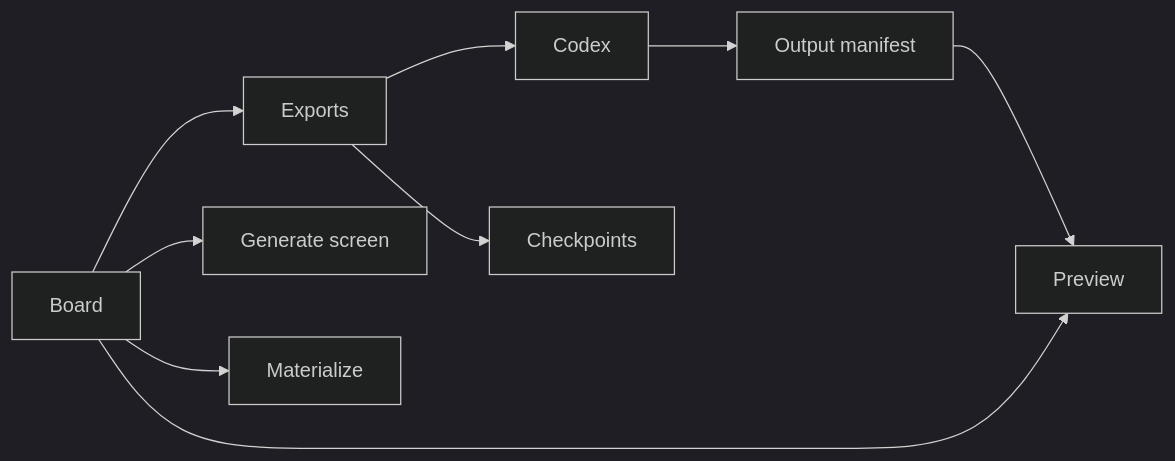
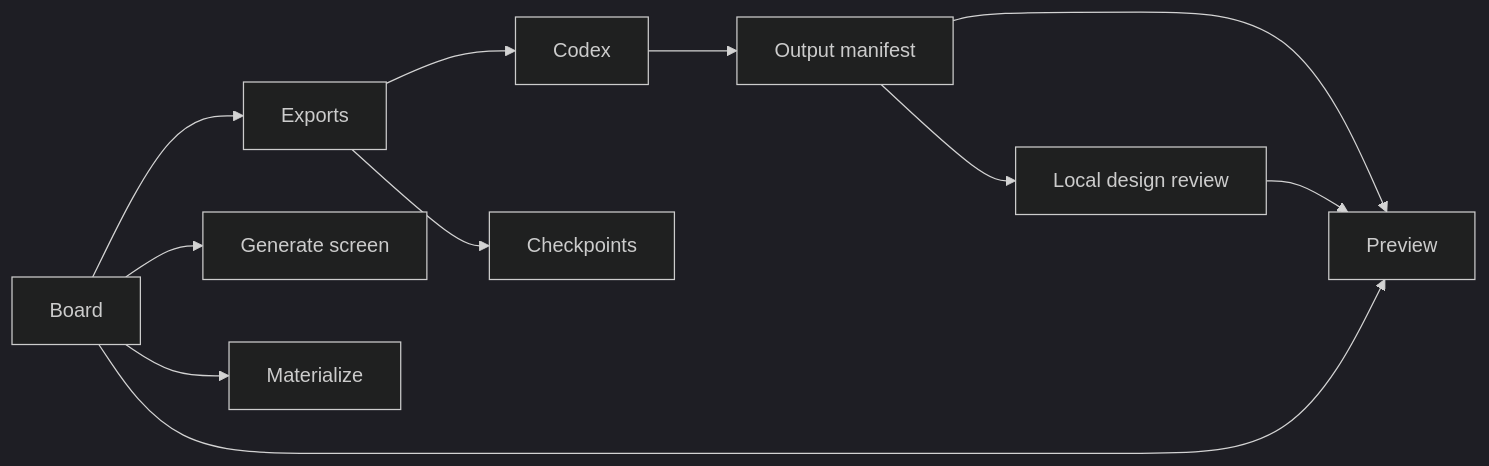
The first of 12 diagrams in docs/FEATURES.md (varshneydevansh/Canvax), drawn with Mermaid (dark theme) before and after one commit. The commit also changed other lines of this file and 12 other files, not shown here.

Commit message:
feat: add Workbench design review action

````diff
--- a/docs/FEATURES.md
+++ b/docs/FEATURES.md
@@ -17,11 +18,13 @@
 ```mermaid
 flowchart LR
     B[Board] --> E[Exports]
     B --> G[Generate screen]
     B --> M[Materialize]
+    O --> R[Local design review]
     E --> C[Codex]
     C --> O[Output manifest]
     O --> P[Preview]
+    R --> P
     B --> P
     E --> K[Checkpoints]
 ```
````
